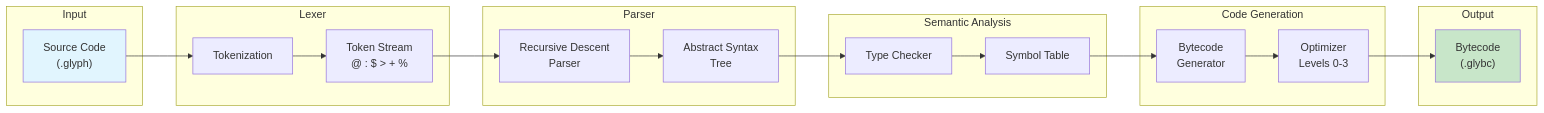
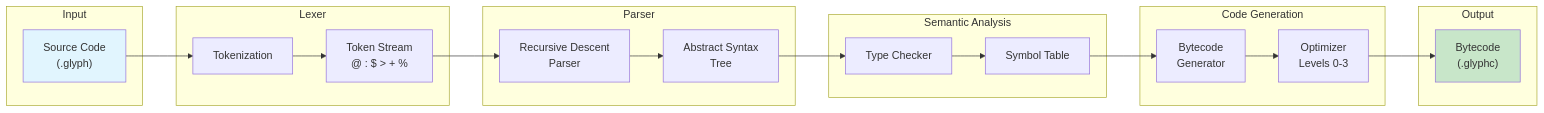
The second of 22 diagrams in docs/ARCHITECTURE_DESIGN.md (GlyphLang/GlyphLang), drawn with Mermaid before and after one commit. The commit also changed other lines of this file and 6 other files, not shown here.

First line of the commit message:
Rename compiled bytecode extension from .glybc to .glyphc

````diff
--- a/docs/ARCHITECTURE_DESIGN.md
+++ b/docs/ARCHITECTURE_DESIGN.md
@@ -94,43 +94,43 @@
 ```mermaid
 flowchart LR
     subgraph Input
         SOURCE["Source Code\n(.glyph)"]
     end
 
     subgraph Lexer
         TOK["Tokenization"]
         TOKENS["Token Stream\n@ : $ > + %"]
     end
 
     subgraph Parser
         RDP["Recursive Descent\nParser"]
         AST["Abstract Syntax\nTree"]
     end
 
     subgraph "Semantic Analysis"
         TYPE["Type Checker"]
         SYM["Symbol Table"]
     end
 
     subgraph "Code Generation"
         CODEGEN["Bytecode\nGenerator"]
         OPTIM["Optimizer\nLevels 0-3"]
     end
 
     subgraph Output
-        BYTECODE["Bytecode\n(.glybc)"]
+        BYTECODE["Bytecode\n(.glyphc)"]
     end
 
     SOURCE --> TOK
     TOK --> TOKENS
     TOKENS --> RDP
     RDP --> AST
     AST --> TYPE
     TYPE --> SYM
     SYM --> CODEGEN
     CODEGEN --> OPTIM
     OPTIM --> BYTECODE
 
     style SOURCE fill:#e1f5fe
     style BYTECODE fill:#c8e6c9
 ```
````
